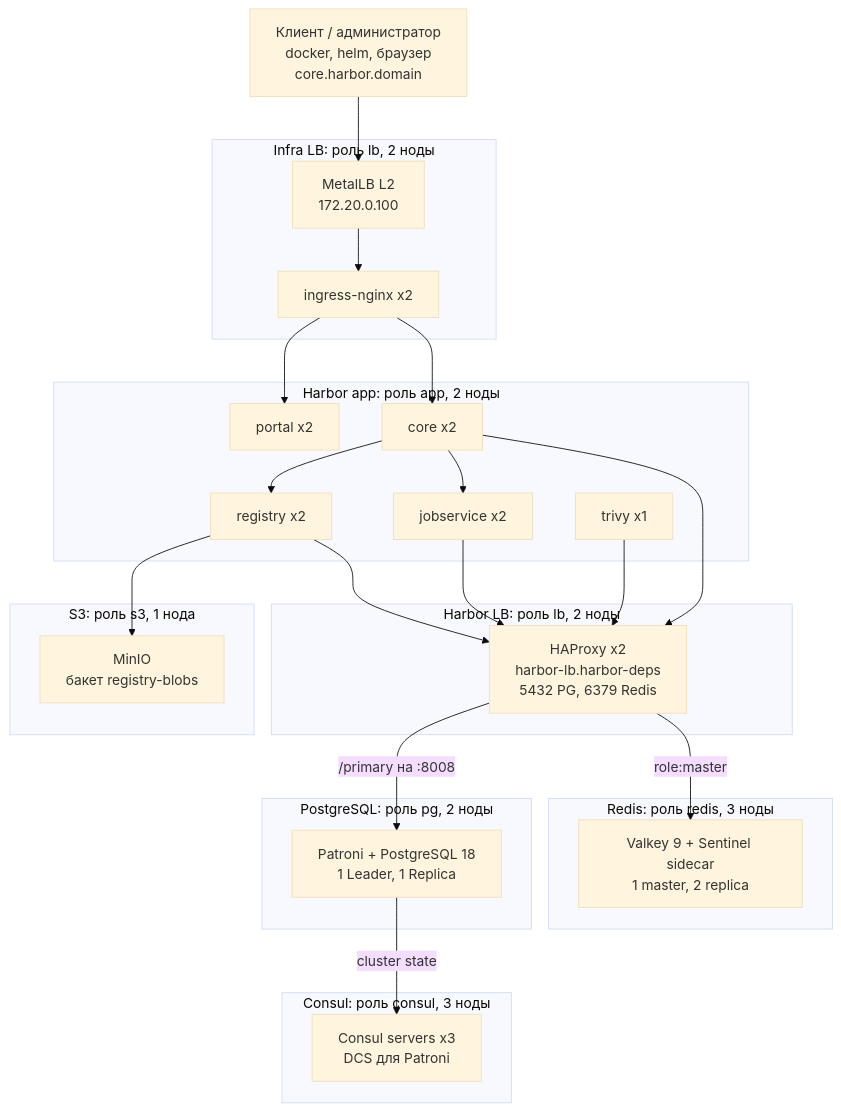
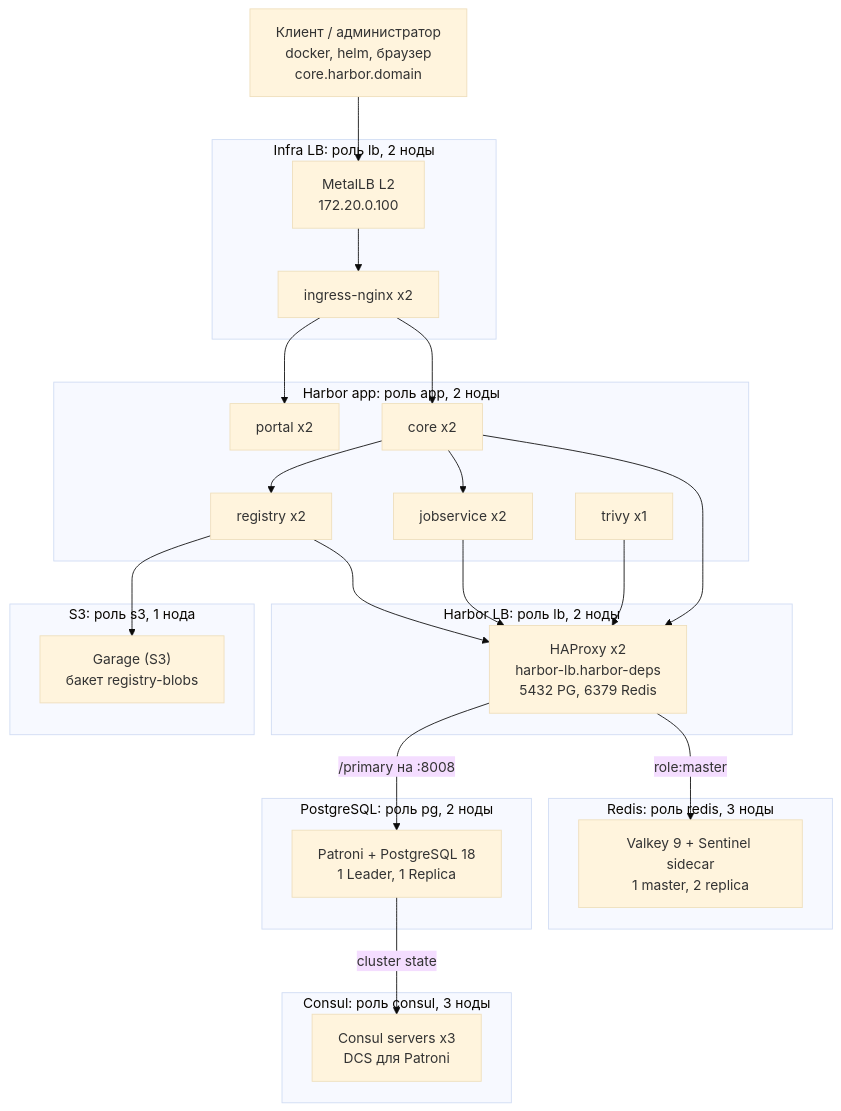
One commit to it255ru/harbor-active-active-on-kind changed the diagram in docs/stand-topology.md. Above: the diagram before and after it, drawn with Mermaid (base theme). The commit also changed other lines of this file and 16 other files, not shown here.

First line of the commit message:
feat: replace MinIO with Garage as the S3 stand-in (D4a); re-accept Phase 4 on a rebuilt stand

````diff
--- a/docs/stand-topology.md
+++ b/docs/stand-topology.md
@@ -16,51 +16,51 @@
 ```mermaid
 flowchart TB
     client["Клиент / администратор<br/>docker, helm, браузер<br/>core.harbor.domain"]
 
     subgraph infra["Infra LB: роль lb, 2 ноды"]
         metallb["MetalLB L2<br/>172.20.0.100"]
         ingress["ingress-nginx x2"]
     end
 
     subgraph app["Harbor app: роль app, 2 ноды"]
         portal["portal x2"]
         core["core x2"]
         registry["registry x2"]
         jobs["jobservice x2"]
         trivy["trivy x1"]
     end
 
     subgraph hlb["Harbor LB: роль lb, 2 ноды"]
         haproxy["HAProxy x2<br/>harbor-lb.harbor-deps<br/>5432 PG, 6379 Redis"]
     end
 
     subgraph pgs["PostgreSQL: роль pg, 2 ноды"]
         pg["Patroni + PostgreSQL 18<br/>1 Leader, 1 Replica"]
     end
 
     subgraph rds["Redis: роль redis, 3 ноды"]
         redis["Valkey 9 + Sentinel sidecar<br/>1 master, 2 replica"]
     end
 
     subgraph cons["Consul: роль consul, 3 ноды"]
         consul["Consul servers x3<br/>DCS для Patroni"]
     end
 
     subgraph s3n["S3: роль s3, 1 нода"]
-        minio["MinIO<br/>бакет registry-blobs"]
+        minio["Garage (S3)<br/>бакет registry-blobs"]
     end
 
     client --> metallb --> ingress
     ingress --> portal
     ingress --> core
     core --> registry
     core --> jobs
     core --> haproxy
     registry --> minio
     registry --> haproxy
     jobs --> haproxy
     trivy --> haproxy
     haproxy -- "/primary на :8008" --> pg
     haproxy -- "role:master" --> redis
     pg -- "cluster state" --> consul
 ```
````
